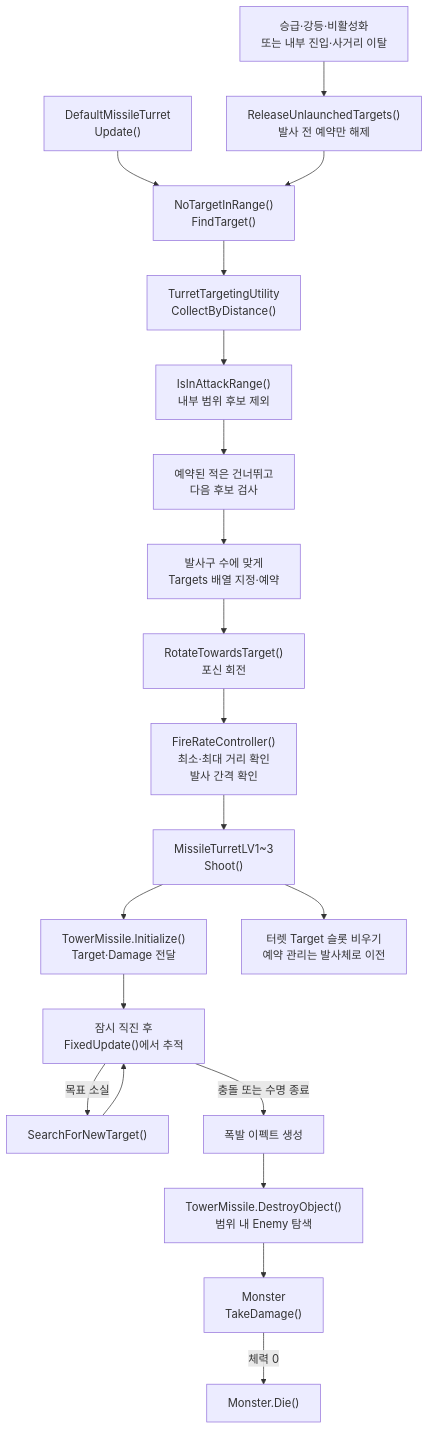
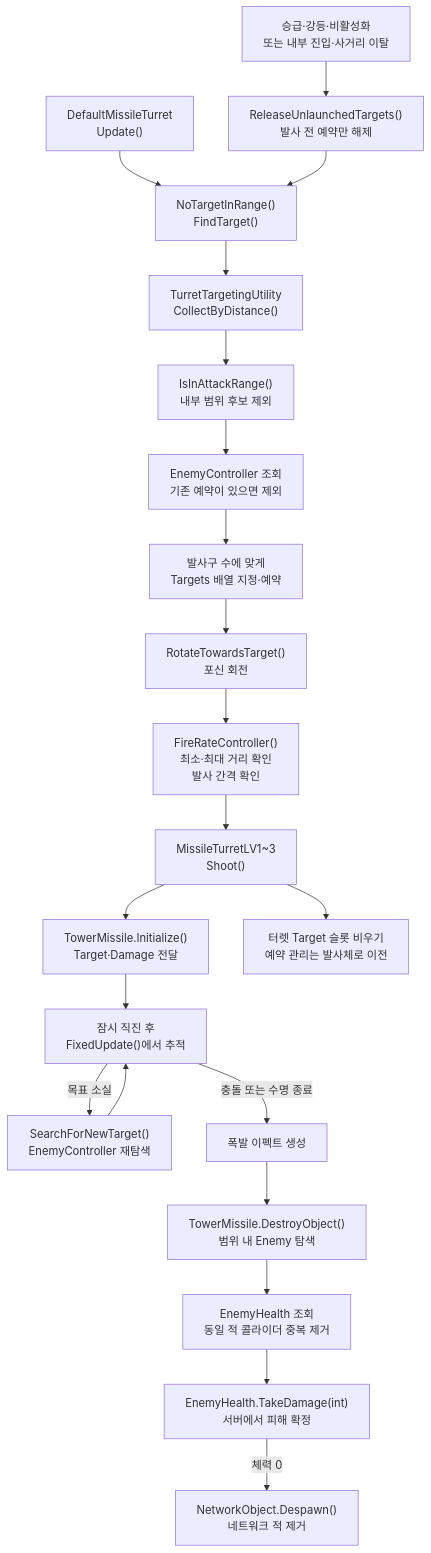
One commit to Team-HJD-21/unity-6-the-developer changed the seventh of 13 diagrams in Docs/architecture/turret-system-guide.md. Above: the diagram before and after it, drawn with Mermaid. The commit also changed other lines of this file, not shown here.

Commit message:
docs(tower): update enemy targeting and damage flows

````diff
--- a/Docs/architecture/turret-system-guide.md
+++ b/Docs/architecture/turret-system-guide.md
@@ -329,22 +330,23 @@
 ```mermaid
 flowchart TD
     Update["DefaultMissileTurret<br>Update()"] --> Search["NoTargetInRange()<br>FindTarget()"]
     Search --> Collect["TurretTargetingUtility<br>CollectByDistance()"]
     Collect --> RangeCheck["IsInAttackRange()<br>내부 범위 후보 제외"]
-    RangeCheck --> Filter["예약된 적은 건너뛰고<br>다음 후보 검사"]
+    RangeCheck --> Filter["EnemyController 조회<br>기존 예약이 있으면 제외"]
     Filter --> Targets["발사구 수에 맞게<br>Targets 배열 지정·예약"]
     Targets --> Rotate["RotateTowardsTarget()<br>포신 회전"]
     Rotate --> Fire["FireRateController()<br>최소·최대 거리 확인<br>발사 간격 확인"]
     Fire --> Shoot["MissileTurretLV1~3<br>Shoot()"]
     Shoot --> Init["TowerMissile.Initialize()<br>Target·Damage 전달"]
     Shoot --> Transfer["터렛 Target 슬롯 비우기<br>예약 관리는 발사체로 이전"]
     Change["승급·강등·비활성화<br>또는 내부 진입·사거리 이탈"] --> Release["ReleaseUnlaunchedTargets()<br>발사 전 예약만 해제"]
     Release --> Search
     Init --> Straight["잠시 직진 후<br>FixedUpdate()에서 추적"]
-    Straight -->|목표 소실| Retarget["SearchForNewTarget()"]
+    Straight -->|목표 소실| Retarget["SearchForNewTarget()<br>EnemyController 재탐색"]
     Retarget --> Straight
     Straight -->|충돌 또는 수명 종료| Explosion["폭발 이펙트 생성"]
     Explosion --> Area["TowerMissile.DestroyObject()<br>범위 내 Enemy 탐색"]
-    Area --> Damage["Monster<br>TakeDamage()"]
-    Damage -->|체력 0| Die["Monster.Die()"]
+    Area --> Health["EnemyHealth 조회<br>동일 적 콜라이더 중복 제거"]
+    Health --> Damage["EnemyHealth.TakeDamage(int)<br>서버에서 피해 확정"]
+    Damage -->|체력 0| Die["NetworkObject.Despawn()<br>네트워크 적 제거"]
 ```
````
